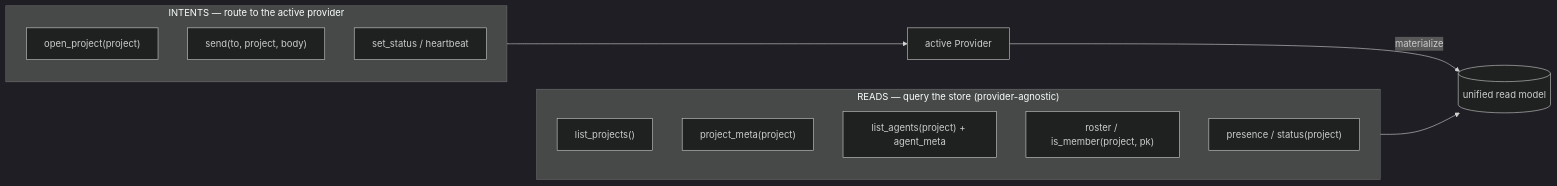
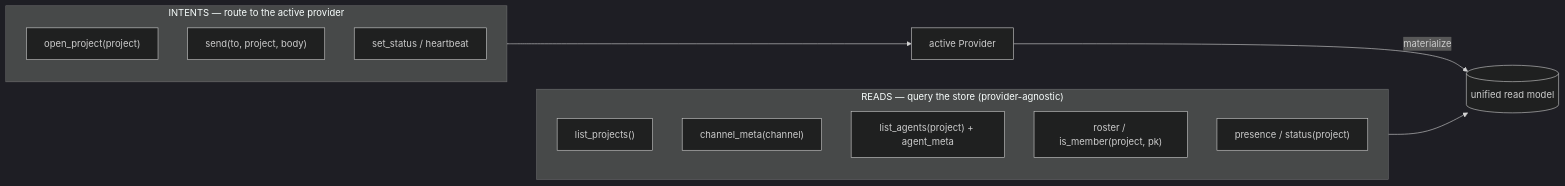
One commit to pablof7z/mosaico changed the third of 6 diagrams in docs/fabric-architecture.md. Above: the diagram before and after it, drawn with Mermaid (dark theme). The commit also changed other lines of this file and 2 other files, not shown here.

Commit message:
Update membership docs to relay cache schema

````diff
--- a/docs/fabric-architecture.md
+++ b/docs/fabric-architecture.md
@@ -222,20 +221,20 @@
 ```mermaid
 flowchart LR
     subgraph R["READS — query the store (provider-agnostic)"]
         r0["list_projects()"]
-        r1["project_meta(project)"]
+        r1["channel_meta(channel)"]
         r2["list_agents(project) + agent_meta"]
         r3["roster / is_member(project, pk)"]
         r4["presence / status(project)"]
     end
     subgraph I["INTENTS — route to the active provider"]
         i0["open_project(project)"]
         i1["send(to, project, body)"]
         i2["set_status / heartbeat"]
     end
     STORE[("unified read model")]
     PROV["active Provider"]
     R --> STORE
     I --> PROV
     PROV -- materialize --> STORE
 ```
````
